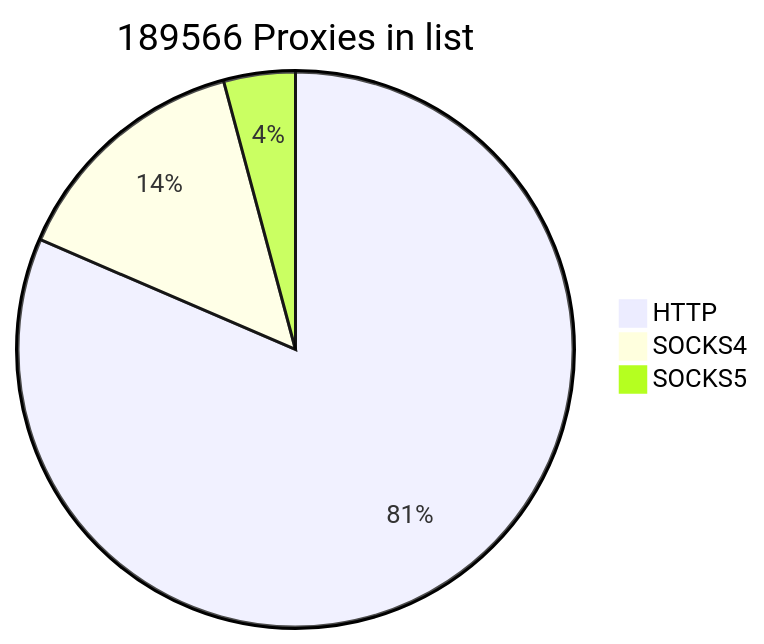
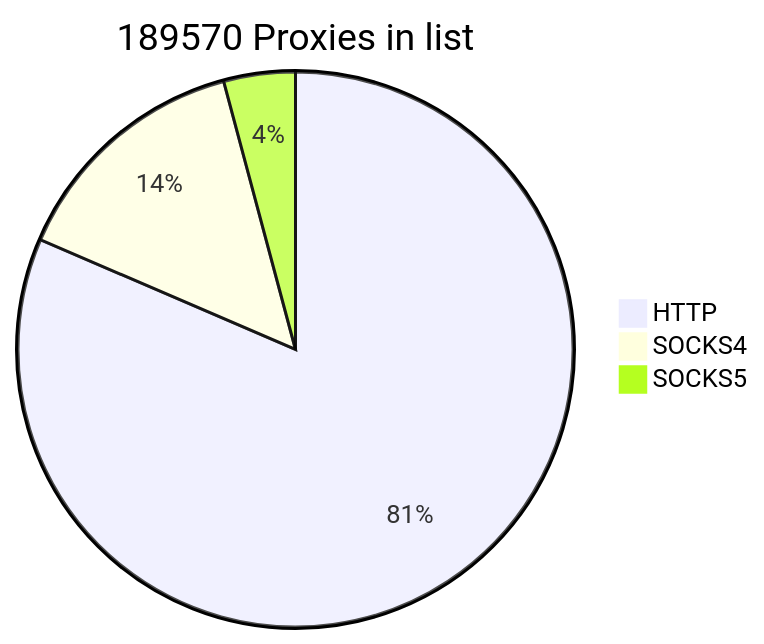
One commit to cutipu/proxylist changed the first of 2 diagrams in README.md. Above: the diagram before and after it, drawn with Mermaid. The commit also changed other lines of this file, not shown here.

````diff
--- a/README.md
+++ b/README.md
@@ -2,7 +2,7 @@
 ```mermaid
-pie title 189566 Proxies in list
-    "HTTP" : 154444
-    "SOCKS4" : 27226
+pie title 189570 Proxies in list
+    "HTTP" : 154445
+    "SOCKS4" : 27229
     "SOCKS5" : 7896
             
 ```
````
